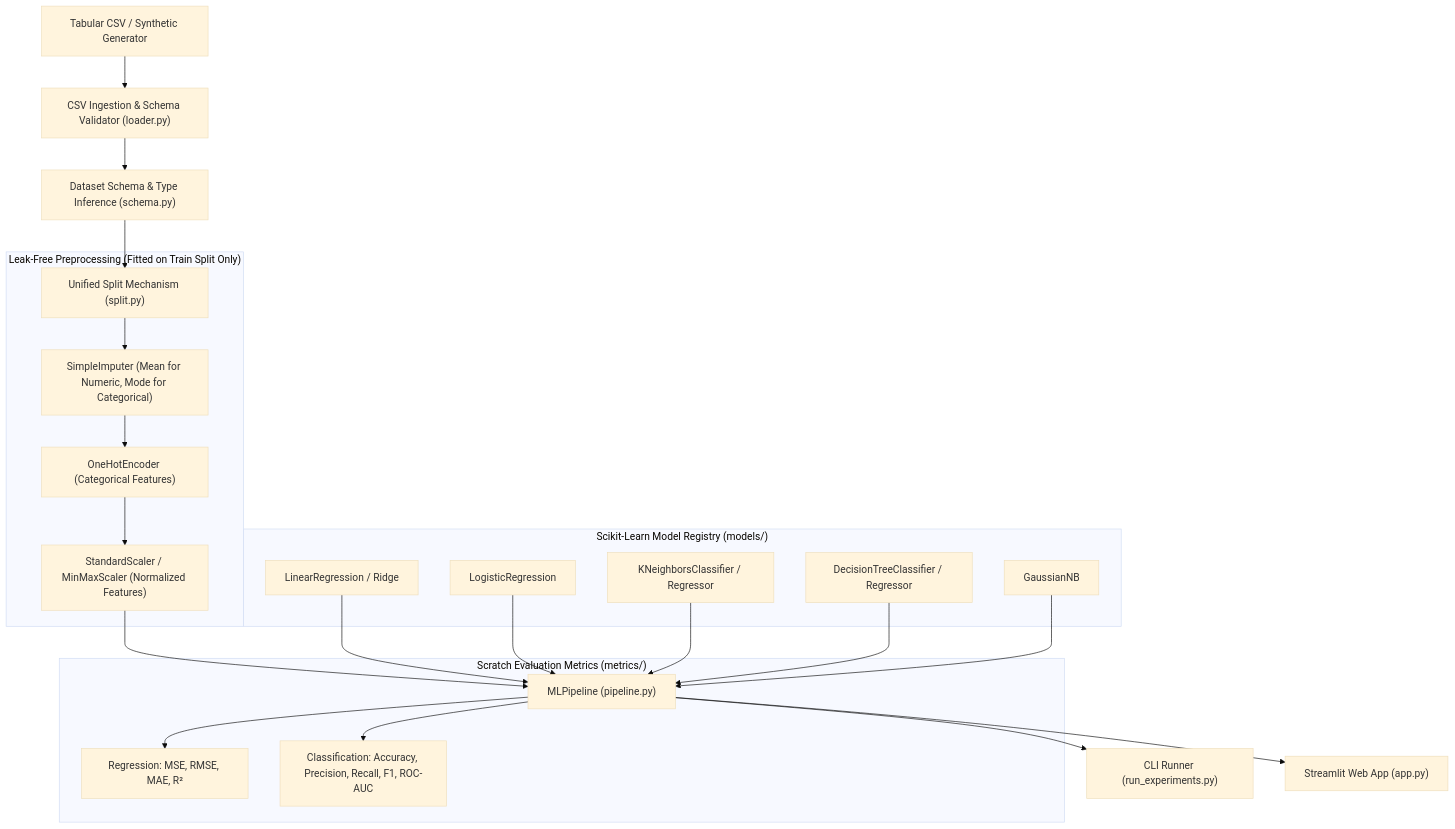
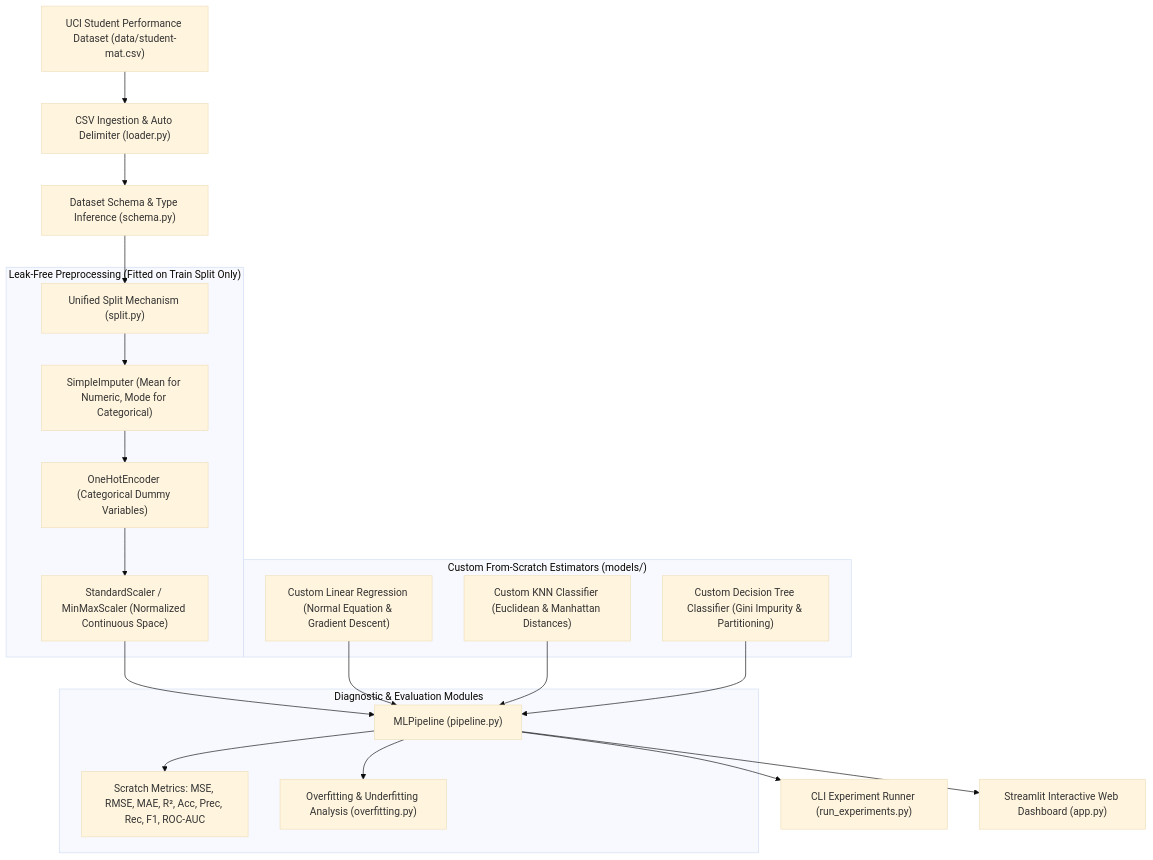
One commit to Jenish045/EduPredict changed the diagram in README.md. Above: the diagram before and after it, drawn with Mermaid (base theme). The commit also changed other lines of this file and 56 other files, not shown here.

````diff
--- a/README.md
+++ b/README.md
@@ -64,35 +70,31 @@
 ```mermaid
 graph TD
-    A["Tabular CSV / Synthetic Generator"] --> B["CSV Ingestion & Schema Validator (loader.py)"]
+    A["UCI Student Performance Dataset (data/student-mat.csv)"] --> B["CSV Ingestion & Auto Delimiter (loader.py)"]
     B --> C["Dataset Schema & Type Inference (schema.py)"]
     C --> D["Unified Split Mechanism (split.py)"]
     
     subgraph "Leak-Free Preprocessing (Fitted on Train Split Only)"
         D --> E["SimpleImputer (Mean for Numeric, Mode for Categorical)"]
-        E --> F["OneHotEncoder (Categorical Features)"]
-        F --> G["StandardScaler / MinMaxScaler (Normalized Features)"]
+        E --> F["OneHotEncoder (Categorical Dummy Variables)"]
+        F --> G["StandardScaler / MinMaxScaler (Normalized Continuous Space)"]
     end
     
-    subgraph "Scikit-Learn Model Registry (models/)"
-        H1["LinearRegression / Ridge"]
-        H2["LogisticRegression"]
-        H3["KNeighborsClassifier / Regressor"]
-        H4["DecisionTreeClassifier / Regressor"]
-        H5["GaussianNB"]
+    subgraph "Custom From-Scratch Estimators (models/)"
+        H1["Custom Linear Regression (Normal Equation & Gradient Descent)"]
+        H2["Custom KNN Classifier (Euclidean & Manhattan Distances)"]
+        H3["Custom Decision Tree Classifier (Gini Impurity & Partitioning)"]
     end
 
     G --> I["MLPipeline (pipeline.py)"]
     H1 --> I
     H2 --> I
     H3 --> I
-    H4 --> I
-    H5 --> I
     
-    subgraph "Scratch Evaluation Metrics (metrics/)"
-        I --> J1["Regression: MSE, RMSE, MAE, R²"]
-        I --> J2["Classification: Accuracy, Precision, Recall, F1, ROC-AUC"]
+    subgraph "Diagnostic & Evaluation Modules"
+        I --> J1["Scratch Metrics: MSE, RMSE, MAE, R², Acc, Prec, Rec, F1, ROC-AUC"]
+        I --> J2["Overfitting & Underfitting Analysis (overfitting.py)"]
     end
 
-    I --> K["CLI Runner (run_experiments.py)"]
-    I --> L["Streamlit Web App (app.py)"]
+    I --> K["CLI Experiment Runner (run_experiments.py)"]
+    I --> L["Streamlit Interactive Web Dashboard (app.py)"]
 ```
````
